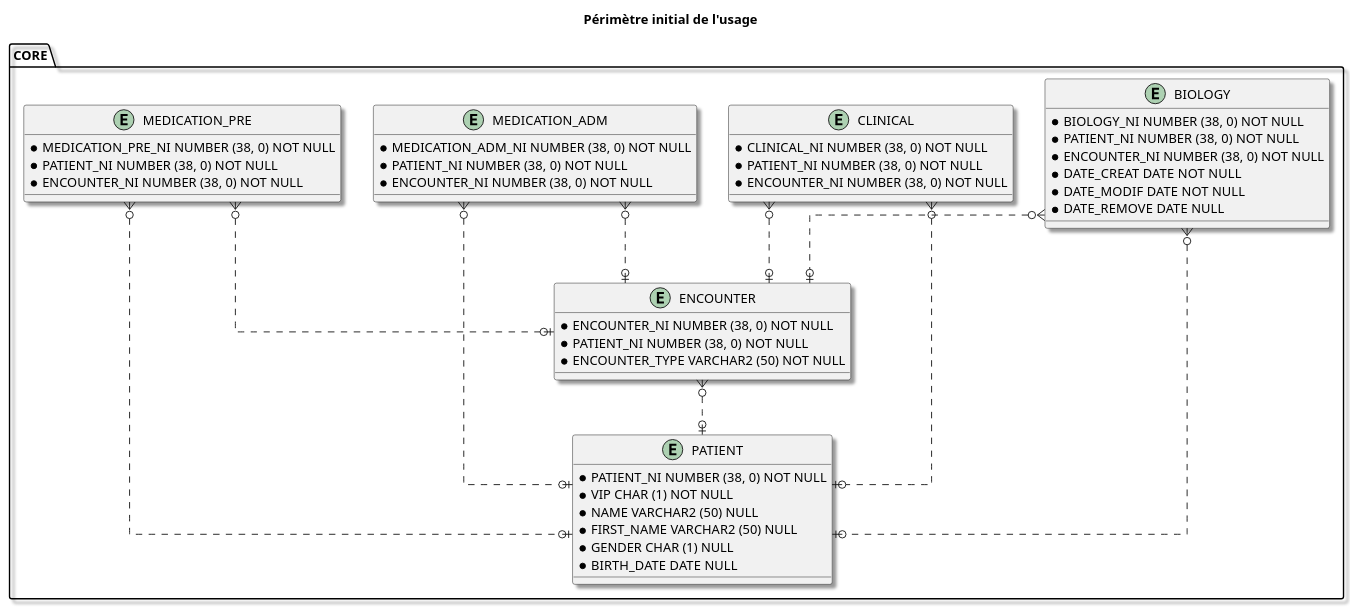
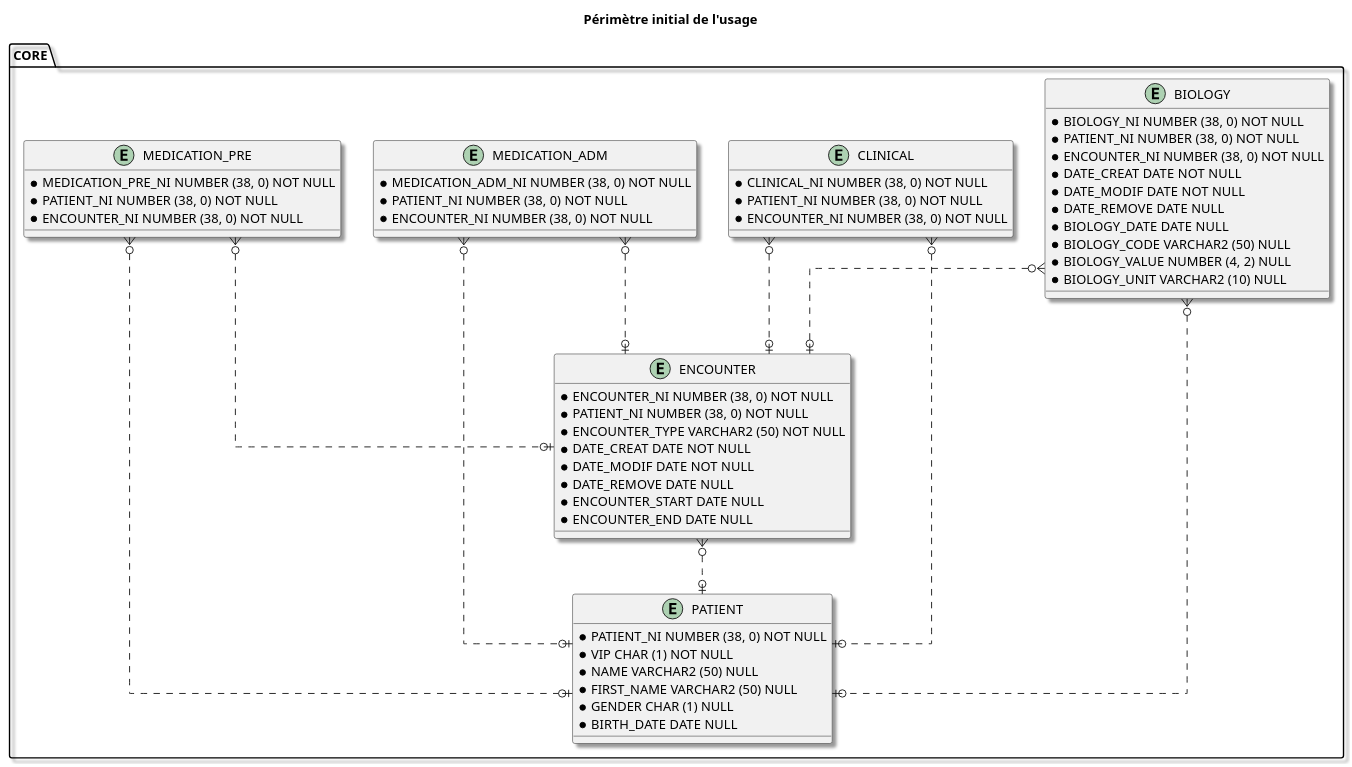
Before and after one commit to aphp/IG-fhir-dm: the diagram in input/images-source/core-mpd.plantuml, drawn with PlantUML. The commit also changed 8 other files, not shown here.

Commit message:
Improve Encounter + biology

```diff
--- a/input/images-source/core-mpd.plantuml
+++ b/input/images-source/core-mpd.plantuml
@@ -1,69 +1,78 @@
 @startuml
 
 skinparam Shadowing 1.0
 ' avoid problems with angled crows feet
 skinparam linetype ortho
 
 title
 Périmètre initial de l'usage
 end title
 
 entity CORE.PATIENT {
   * {field} PATIENT_NI NUMBER (38, 0) NOT NULL
   * {field} VIP CHAR (1) NOT NULL
   * {field} NAME VARCHAR2 (50) NULL
   * {field} FIRST_NAME VARCHAR2 (50) NULL
   * {field} GENDER CHAR (1) NULL
   * {field} BIRTH_DATE DATE NULL
 }
 
 entity CORE.ENCOUNTER {
   * {field} ENCOUNTER_NI NUMBER (38, 0) NOT NULL
   * {field} PATIENT_NI NUMBER (38, 0) NOT NULL
   * {field} ENCOUNTER_TYPE VARCHAR2 (50) NOT NULL
+  * {field} DATE_CREAT DATE NOT NULL
+  * {field} DATE_MODIF DATE NOT NULL
+  * {field} DATE_REMOVE DATE NULL
+  * {field} ENCOUNTER_START DATE NULL
+  * {field} ENCOUNTER_END DATE NULL
 }
 
 entity CORE.BIOLOGY {
   * {field} BIOLOGY_NI NUMBER (38, 0) NOT NULL
   * {field} PATIENT_NI NUMBER (38, 0) NOT NULL
   * {field} ENCOUNTER_NI NUMBER (38, 0) NOT NULL
   * {field} DATE_CREAT DATE NOT NULL
   * {field} DATE_MODIF DATE NOT NULL
   * {field} DATE_REMOVE DATE NULL
+  * {field} BIOLOGY_DATE DATE NULL
+  * {field} BIOLOGY_CODE VARCHAR2 (50) NULL
+  * {field} BIOLOGY_VALUE NUMBER (4, 2) NULL
+  * {field} BIOLOGY_UNIT VARCHAR2 (10) NULL
 }
 
 entity CORE.CLINICAL {
   * {field} CLINICAL_NI NUMBER (38, 0) NOT NULL
   * {field} PATIENT_NI NUMBER (38, 0) NOT NULL
   * {field} ENCOUNTER_NI NUMBER (38, 0) NOT NULL
 }
 
 entity CORE.MEDICATION_ADM {
   * {field} MEDICATION_ADM_NI NUMBER (38, 0) NOT NULL
   * {field} PATIENT_NI NUMBER (38, 0) NOT NULL
   * {field} ENCOUNTER_NI NUMBER (38, 0) NOT NULL
 }
 
 entity CORE.MEDICATION_PRE {
   * {field} MEDICATION_PRE_NI NUMBER (38, 0) NOT NULL
   * {field} PATIENT_NI NUMBER (38, 0) NOT NULL
   * {field} ENCOUNTER_NI NUMBER (38, 0) NOT NULL
 }
 
 
 
 CORE.ENCOUNTER }o..o| CORE.PATIENT
 
 CORE.BIOLOGY }o..o| CORE.PATIENT
 CORE.BIOLOGY }o..o| CORE.ENCOUNTER
 
 CORE.CLINICAL }o..o| CORE.PATIENT
 CORE.CLINICAL }o..o| CORE.ENCOUNTER
 
 CORE.MEDICATION_ADM }o..o| CORE.PATIENT
 CORE.MEDICATION_ADM }o..o| CORE.ENCOUNTER
 
 CORE.MEDICATION_PRE }o..o| CORE.PATIENT
 CORE.MEDICATION_PRE }o..o| CORE.ENCOUNTER
 
 @enduml
```
